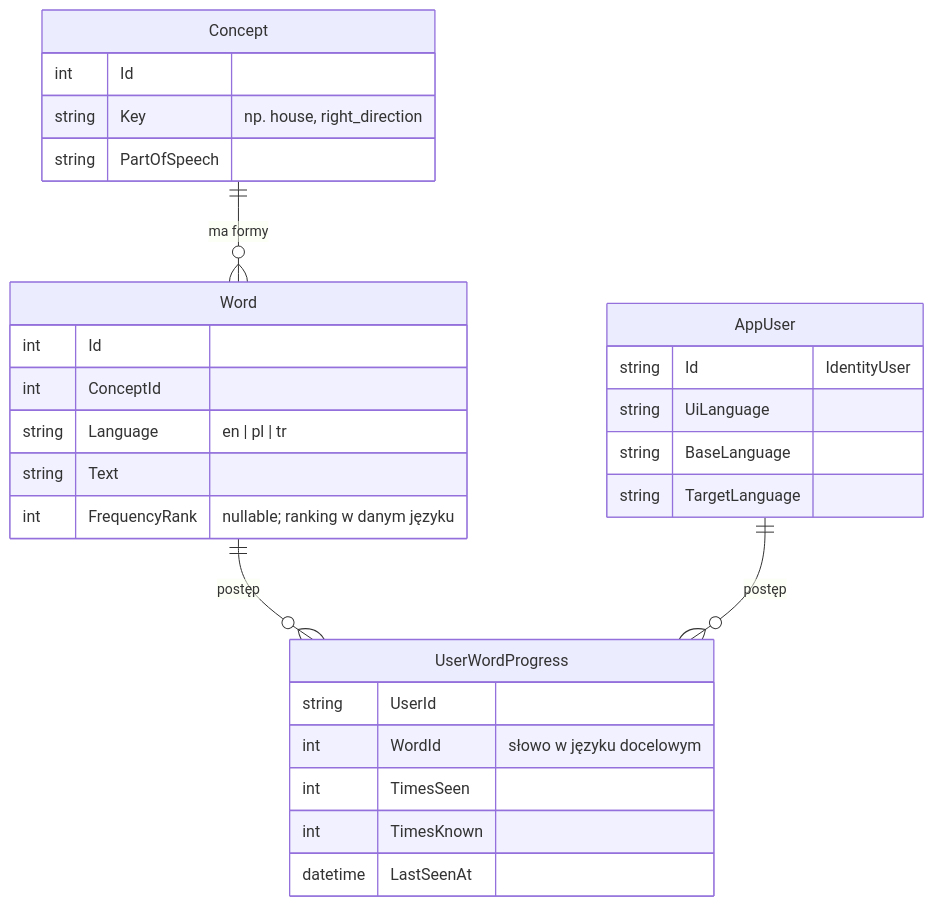
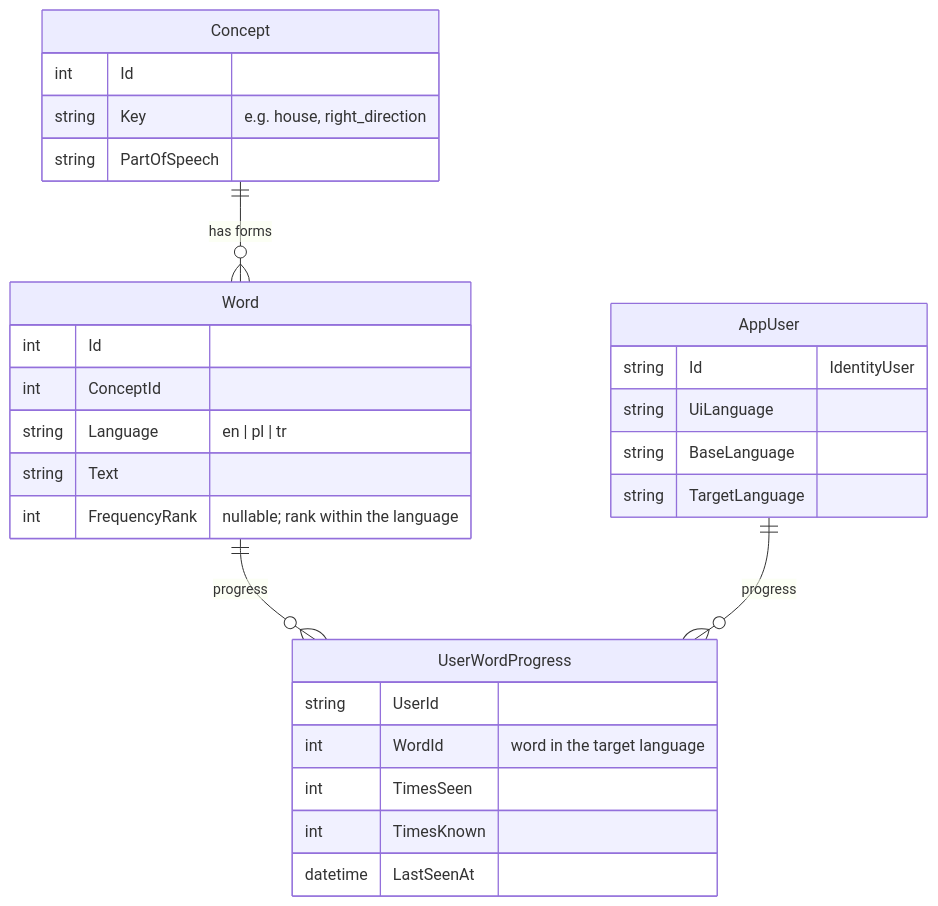
Before and after one commit to grzegorz555/word-wise: the third of 3 diagrams in docs/architecture.md, drawn with Mermaid. The commit also changed other lines of this file and 37 other files, not shown here.

````diff
--- a/docs/architecture.md
+++ b/docs/architecture.md
@@ -25,31 +25,31 @@
 ```mermaid
 erDiagram
-  Concept ||--o{ Word : "ma formy"
-  Word ||--o{ UserWordProgress : "postęp"
-  AppUser ||--o{ UserWordProgress : "postęp"
+  Concept ||--o{ Word : "has forms"
+  Word ||--o{ UserWordProgress : "progress"
+  AppUser ||--o{ UserWordProgress : "progress"
   Concept {
     int Id
-    string Key "np. house, right_direction"
+    string Key "e.g. house, right_direction"
     string PartOfSpeech
   }
   Word {
     int Id
     int ConceptId
     string Language "en | pl | tr"
     string Text
-    int FrequencyRank "nullable; ranking w danym języku"
+    int FrequencyRank "nullable; rank within the language"
   }
   UserWordProgress {
     string UserId
-    int WordId "słowo w języku docelowym"
+    int WordId "word in the target language"
     int TimesSeen
     int TimesKnown
     datetime LastSeenAt
   }
   AppUser {
     string Id "IdentityUser"
     string UiLanguage
     string BaseLanguage
     string TargetLanguage
   }
 ```
````
